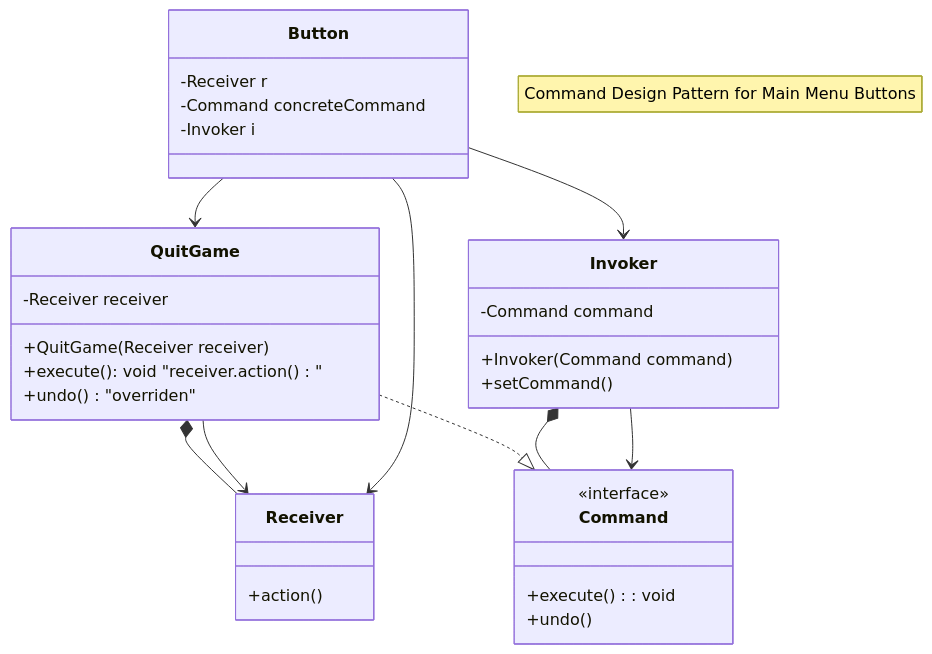
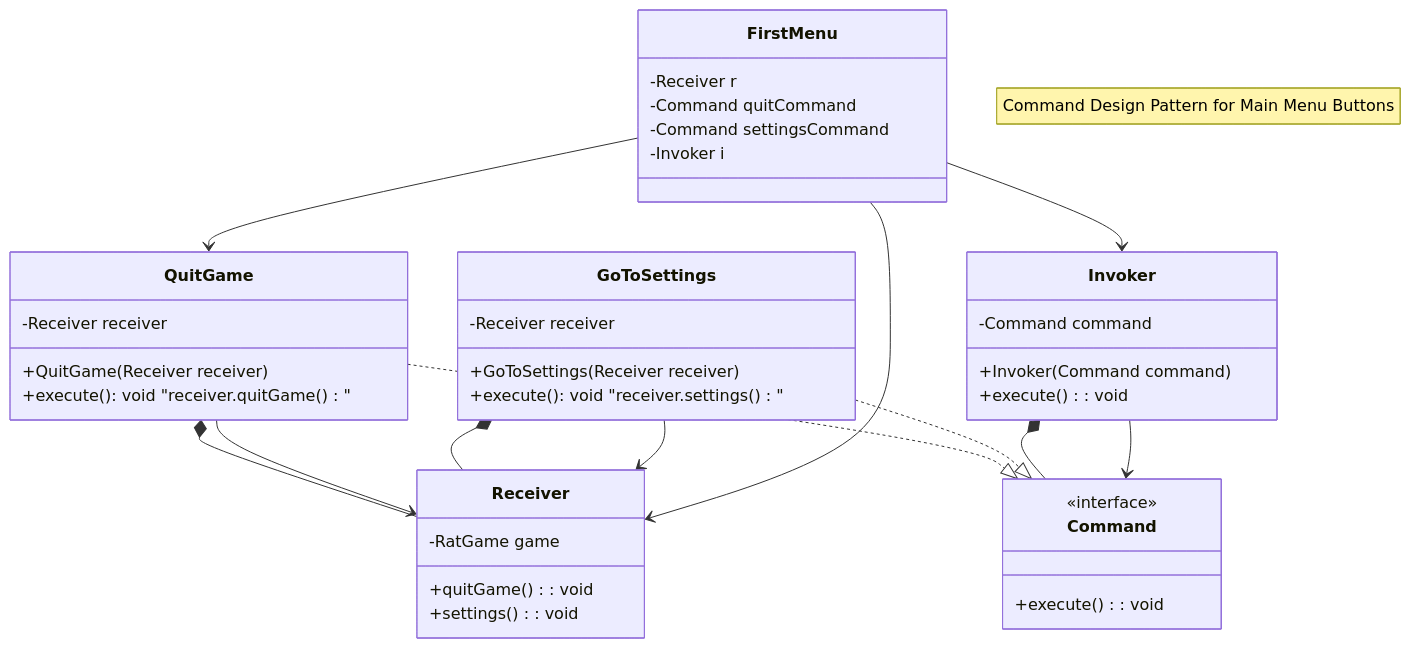
One commit to Haunted-Bone/PlagueRats changed the diagram in UML/MenuCommand.mermaid. Above: the diagram before and after it, drawn with Mermaid. The commit also changed 11 other files, not shown here.

```diff
--- a/UML/MenuCommand.mermaid
+++ b/UML/MenuCommand.mermaid
@@ -1,34 +1,43 @@
 classDiagram
     note "Command Design Pattern for Main Menu Buttons"
     QuitGame ..|> Command
     QuitGame *-- Receiver
     QuitGame --> Receiver
+    GoToSettings ..|> Command
+    GoToSettings *-- Receiver
+    GoToSettings --> Receiver
     Invoker *-- Command
     Invoker --> Command
-    Button --> Receiver
-    Button --> QuitGame
-    Button --> Invoker
+    FirstMenu --> Receiver
+    FirstMenu --> QuitGame
+    FirstMenu --> Invoker
     class Command {
         <<interface>>
         +execute(): void
-        +undo()
     }
     class QuitGame {
         -Receiver receiver
         +QuitGame(Receiver receiver)
-        +execute(): void "receiver.action()"
-        +undo() "overriden"
+        +execute(): void "receiver.quitGame()"
+    }
+    class GoToSettings {
+        -Receiver receiver
+        +GoToSettings(Receiver receiver)
+        +execute(): void "receiver.settings()"
     }
     class Receiver {
-        +action()
+        -RatGame game
+        +quitGame(): void
+        +settings(): void
     }
     class Invoker {
         -Command command
         +Invoker(Command command)
-        +setCommand()
+        +execute(): void
     }
-    class Button {
+    class FirstMenu {
         -Receiver r
-        -Command concreteCommand
+        -Command quitCommand
+        -Command settingsCommand
         -Invoker i
     }
```
